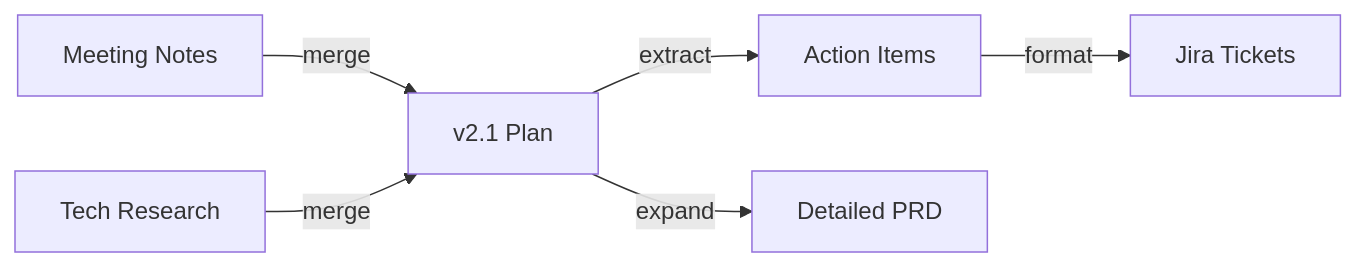
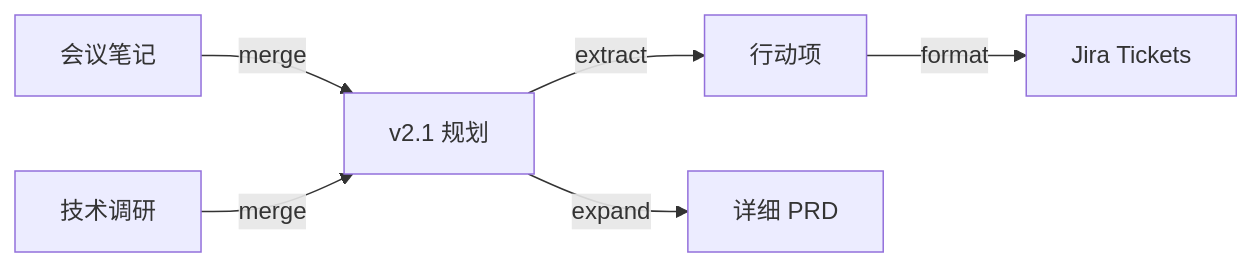
One commit to darcin/Markdown-Graph changed the diagram in DESIGN.md. Above: the diagram before and after it, drawn with Mermaid. The commit also changed other lines of this file and 36 other files, not shown here.

````diff
--- a/DESIGN.md
+++ b/DESIGN.md
@@ -157,8 +378,8 @@
 ```mermaid
 graph LR
-    A[Meeting Notes] -->|merge| C[v2.1 Plan]
-    B[Tech Research] -->|merge| C
-    C -->|extract| D[Action Items]
-    C -->|expand| E[Detailed PRD]
+    A[会议笔记] -->|merge| C[v2.1 规划]
+    B[技术调研] -->|merge| C
+    C -->|extract| D[行动项]
+    C -->|expand| E[详细 PRD]
     D -->|format| F[Jira Tickets]
 ```
````
